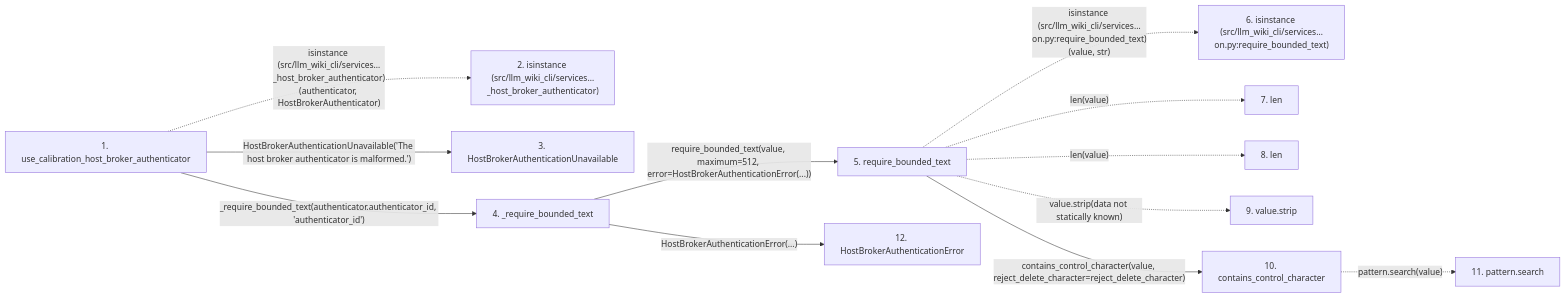
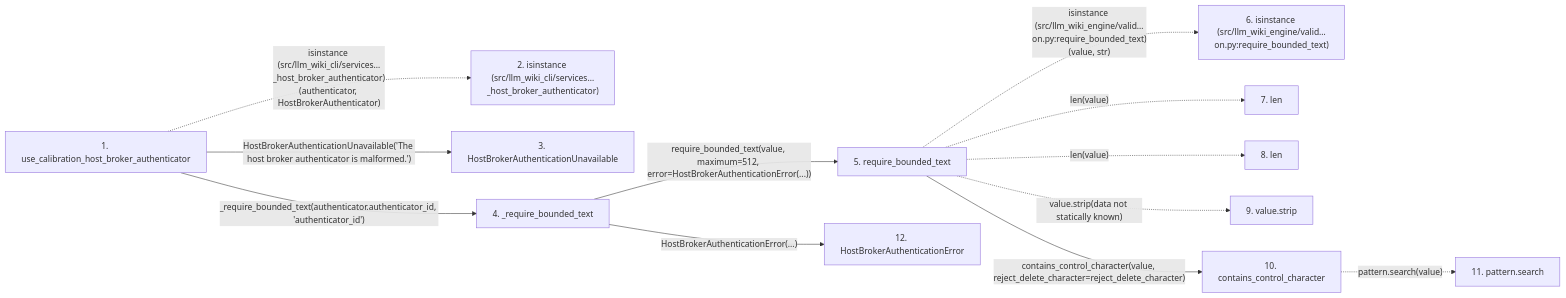
One commit to Denissvgn/python-wiki-llm changed the second of 2 diagrams in docs/llm_wiki/flows/api-use_calibration_host_broker_authenticator-host_broker.md. Above: the diagram before and after it, drawn with Mermaid. The commit also changed other lines of this file and 1103 other files, not shown here.

First line of the commit message:
docs: refresh the wiki for the llm-wiki-engine distribution

````diff
--- a/docs/llm_wiki/flows/api-use_calibration_host_broker_authenticator-host_broker.md
+++ b/docs/llm_wiki/flows/api-use_calibration_host_broker_authenticator-host_broker.md
@@ -77,32 +77,32 @@
 ```mermaid
 flowchart LR
     s1["1. use_calibration_host_broker_authenticator"]
     s2["2. isinstance (src/llm_wiki_cli/services…_host_broker_authenticator)"]
     s3["3. HostBrokerAuthenticationUnavailable"]
     s4["4. _require_bounded_text"]
     s5["5. require_bounded_text"]
-    s6["6. isinstance (src/llm_wiki_cli/services…on.py:require_bounded_text)"]
+    s6["6. isinstance (src/llm_wiki_engine/valid…on.py:require_bounded_text)"]
     s7["7. len"]
     s8["8. len"]
     s9["9. value.strip"]
     s10["10. contains_control_character"]
     s11["11. pattern.search"]
     s12["12. HostBrokerAuthenticationError"]
     s1 -. "isinstance (src/llm_wiki_cli/services…_host_broker_authenticator)(authenticator, HostBrokerAuthenticator)" .-> s2
     s1 -->|"HostBrokerAuthenticationUnavailable('The host broker authenticator is malformed.')"| s3
     s1 -->|"_require_bounded_text(authenticator.authenticator_id, 'authenticator_id')"| s4
     s4 -->|"require_bounded_text(value, maximum=512, error=HostBrokerAuthenticationError(...))"| s5
-    s5 -. "isinstance (src/llm_wiki_cli/services…on.py:require_bounded_text)(value, str)" .-> s6
+    s5 -. "isinstance (src/llm_wiki_engine/valid…on.py:require_bounded_text)(value, str)" .-> s6
     s5 -. "len(value)" .-> s7
     s5 -. "len(value)" .-> s8
     s5 -. "value.strip(data not statically known)" .-> s9
     s5 -->|"contains_control_character(value, reject_delete_character=reject_delete_character)"| s10
     s10 -. "pattern.search(value)" .-> s11
     s4 -->|"HostBrokerAuthenticationError(...)"| s12
     click s1 "../modules/host_broker.md"
     click s3 "../modules/host_broker.md"
     click s4 "../modules/host_broker.md"
     click s5 "../modules/validation.md"
     click s10 "../modules/validation.md"
     click s12 "../modules/host_broker.md"
 ```
````
